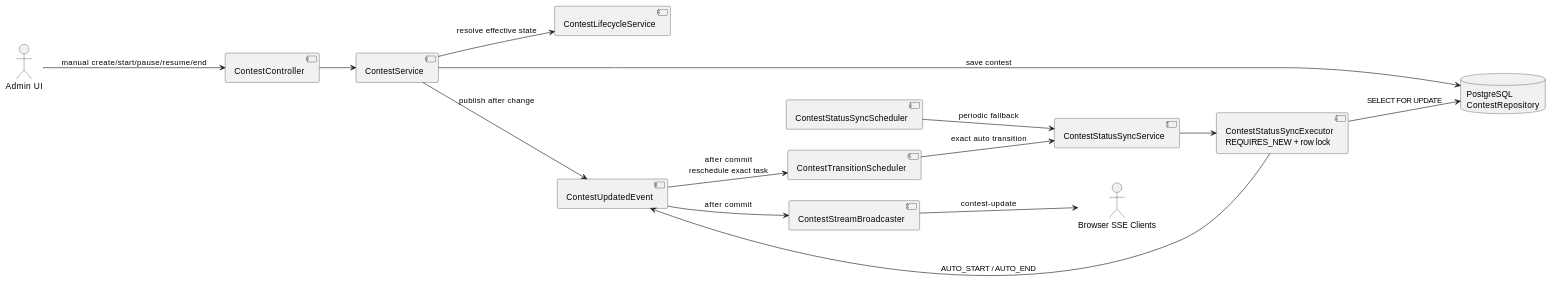
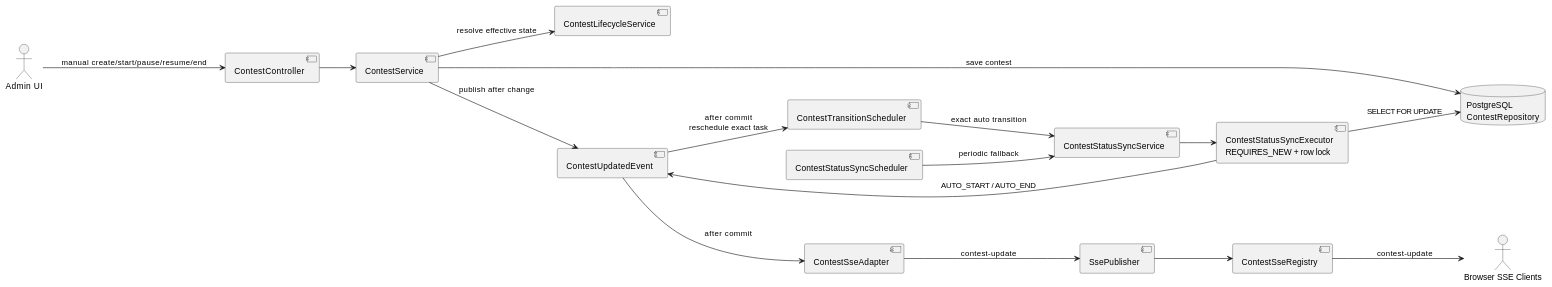
Diagram 13 of 17 in docs/report-rebuild/diagram-prompts.md (AuraC-graduate-project/AuraC2), drawn with PlantUML before and after one commit. The commit also changed other lines of this file and 23 other files, not shown here.

````diff
--- a/docs/report-rebuild/diagram-prompts.md
+++ b/docs/report-rebuild/diagram-prompts.md
@@ -512,30 +516,34 @@
 ```plantuml
 @startuml
 left to right direction
 actor "Admin UI" as Admin
 component "ContestController" as CC
 component "ContestService" as CS
 component "ContestLifecycleService" as CLS
 database "PostgreSQL\nContestRepository" as DB
 component "ContestUpdatedEvent" as Event
 component "ContestTransitionScheduler" as ETS
 component "ContestStatusSyncScheduler" as Fallback
 component "ContestStatusSyncService" as Sync
 component "ContestStatusSyncExecutor\nREQUIRES_NEW + row lock" as Exec
-component "ContestStreamBroadcaster" as SSE
+component "ContestSseAdapter" as SSE
+component "SsePublisher" as Publisher
+component "ContestSseRegistry" as Registry
 actor "Browser SSE Clients" as Clients
 Admin --> CC : manual create/start/pause/resume/end
 CC --> CS
 CS --> CLS : resolve effective state
 CS --> DB : save contest
 CS --> Event : publish after change
 Event --> ETS : after commit\nreschedule exact task
 Fallback --> Sync : periodic fallback
 ETS --> Sync : exact auto transition
 Sync --> Exec
 Exec --> DB : SELECT FOR UPDATE
 Exec --> Event : AUTO_START / AUTO_END
 Event --> SSE : after commit
-SSE --> Clients : contest-update
+SSE --> Publisher : contest-update
+Publisher --> Registry
+Registry --> Clients : contest-update
 @enduml
 ```
````
